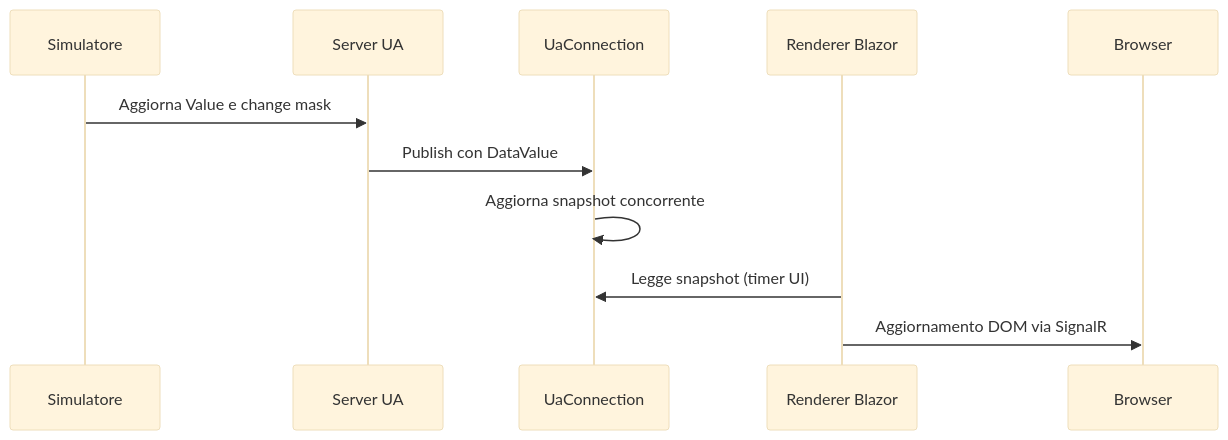
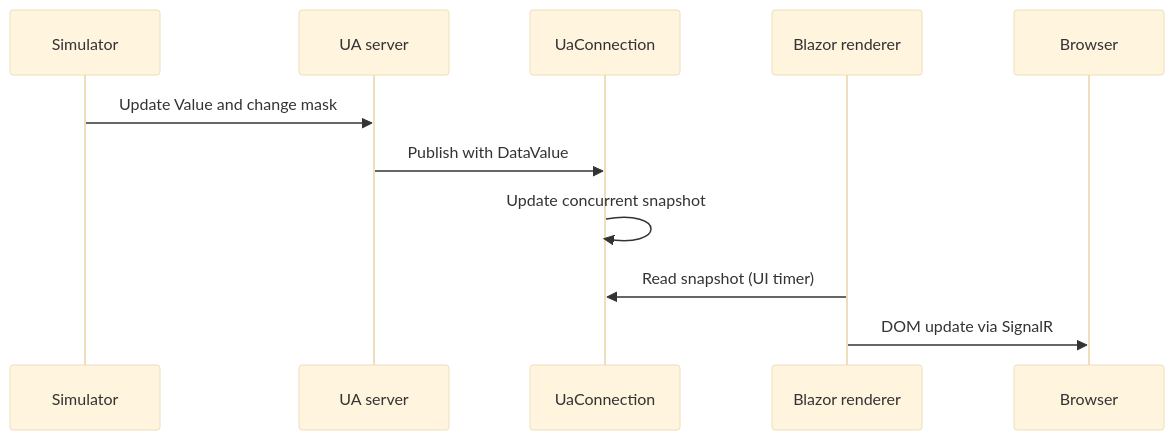
The diagram in docs/opcua-course/lessons/11-blazor.md (marcoparenzan/IndustrialSimExperiments), drawn with Mermaid (base theme) before and after one commit. The commit also changed other lines of this file and 33 other files, not shown here.

````diff
--- a/docs/opcua-course/lessons/11-blazor.md
+++ b/docs/opcua-course/lessons/11-blazor.md
@@ -29,13 +29,13 @@
 ```mermaid
 sequenceDiagram
-    participant P as Simulatore
-    participant U as Server UA
+    participant P as Simulator
+    participant U as UA server
     participant C as UaConnection
-    participant R as Renderer Blazor
+    participant R as Blazor renderer
     participant B as Browser
-    P->>U: Aggiorna Value e change mask
-    U->>C: Publish con DataValue
-    C->>C: Aggiorna snapshot concorrente
-    R->>C: Legge snapshot (timer UI)
-    R->>B: Aggiornamento DOM via SignalR
+    P->>U: Update Value and change mask
+    U->>C: Publish with DataValue
+    C->>C: Update concurrent snapshot
+    R->>C: Read snapshot (UI timer)
+    R->>B: DOM update via SignalR
 ```
````
